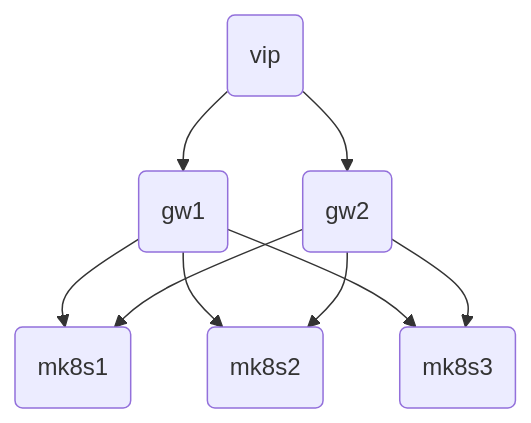
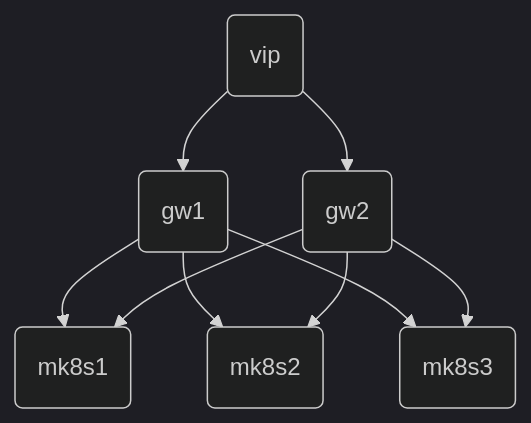
The diagram in README.md (PrimeEuler/microcloud), drawn with Mermaid before and after one commit.

````diff
--- a/README.md
+++ b/README.md
@@ -5,17 +5,18 @@
 ```mermaid
+%%{init: {'theme':'dark'}}%%
 graph TD;
     A(vip);
     B(gw1);
     C(gw2);
     D(mk8s1);
     E(mk8s2);
     F(mk8s3);
     A-->B;
     A-->C;
     B-->D;
     B-->E;
     B-->F;
     C-->D;
     C-->E;
     C-->F;
 ```
````
